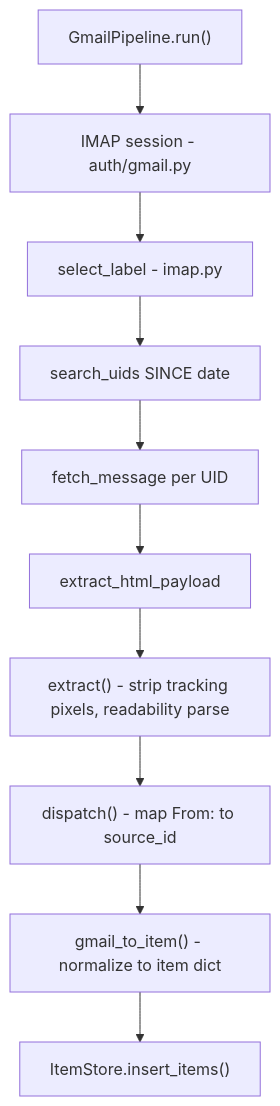
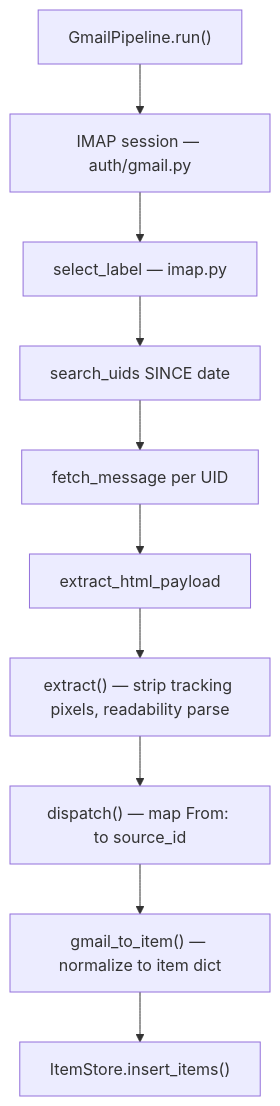
One commit to aadarshvelu/syndicate changed the first of 3 diagrams in pipeline/ingestion/doc.md. Above: the diagram before and after it, drawn with Mermaid. The commit also changed other lines of this file and 14 other files, not shown here.

````diff
--- a/pipeline/ingestion/doc.md
+++ b/pipeline/ingestion/doc.md
@@ -8,12 +8,12 @@
 ```mermaid
 flowchart TD
-    A["GmailPipeline.run()"] --> B["IMAP session - auth/gmail.py"]
-    B --> C["select_label - imap.py"]
+    A["GmailPipeline.run()"] --> B["IMAP session — auth/gmail.py"]
+    B --> C["select_label — imap.py"]
     C --> D["search_uids SINCE date"]
     D --> E["fetch_message per UID"]
     E --> F["extract_html_payload"]
-    F --> G["extract() - strip tracking pixels, readability parse"]
-    G --> H["dispatch() - map From: to source_id"]
-    H --> I["gmail_to_item() - normalize to item dict"]
+    F --> G["extract() — strip tracking pixels, readability parse"]
+    G --> H["dispatch() — map From: to source_id"]
+    H --> I["gmail_to_item() — normalize to item dict"]
     I --> J["ItemStore.insert_items()"]
 ```
````
